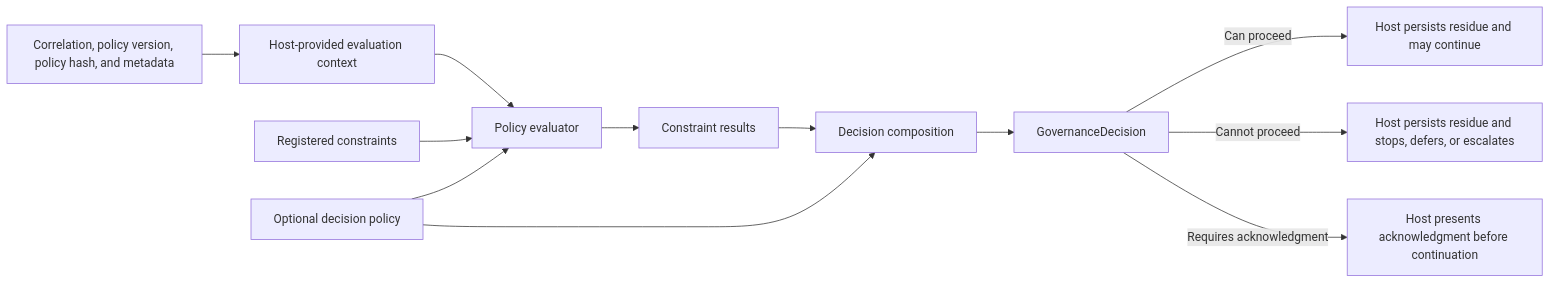
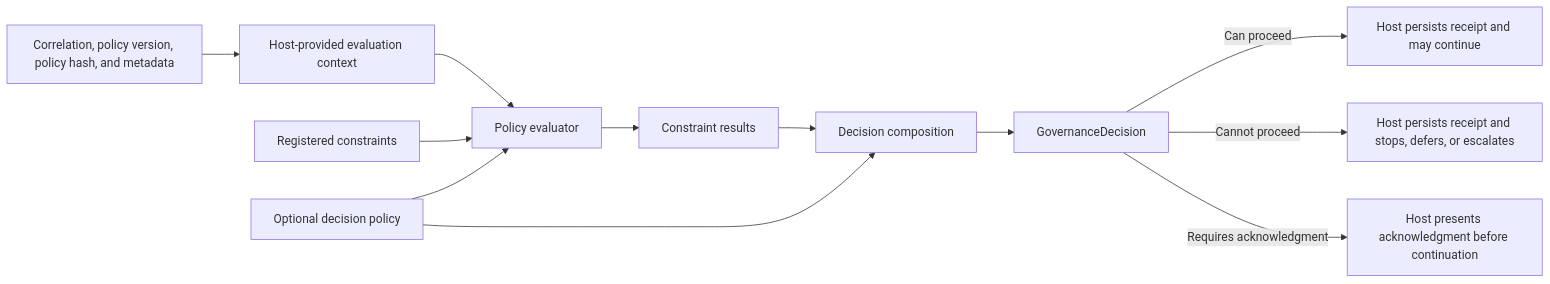
One commit to AsiBackbone/AsiBackbone changed the second of 5 diagrams in docs/articles/core-governance-flow-diagrams.md. Above: the diagram before and after it, drawn with Mermaid. The commit also changed other lines of this file and 112 other files, not shown here.

````diff
--- a/docs/articles/core-governance-flow-diagrams.md
+++ b/docs/articles/core-governance-flow-diagrams.md
@@ -43,16 +43,16 @@
 ```mermaid
 flowchart LR
     HostContext["Host-provided evaluation context"] --> Evaluator["Policy evaluator"]
     Constraints["Registered constraints"] --> Evaluator
     DecisionPolicy["Optional decision policy"] --> Evaluator
     Metadata["Correlation, policy version, policy hash, and metadata"] --> HostContext
 
     Evaluator --> ConstraintResults["Constraint results"]
     ConstraintResults --> Composition["Decision composition"]
     DecisionPolicy --> Composition
     Composition --> GovernanceDecision["GovernanceDecision"]
 
-    GovernanceDecision -->|"Can proceed"| ProceedPath["Host persists residue and may continue"]
-    GovernanceDecision -->|"Cannot proceed"| StopPath["Host persists residue and stops, defers, or escalates"]
+    GovernanceDecision -->|"Can proceed"| ProceedPath["Host persists receipt and may continue"]
+    GovernanceDecision -->|"Cannot proceed"| StopPath["Host persists receipt and stops, defers, or escalates"]
     GovernanceDecision -->|"Requires acknowledgment"| AckPath["Host presents acknowledgment before continuation"]
 ```
````
